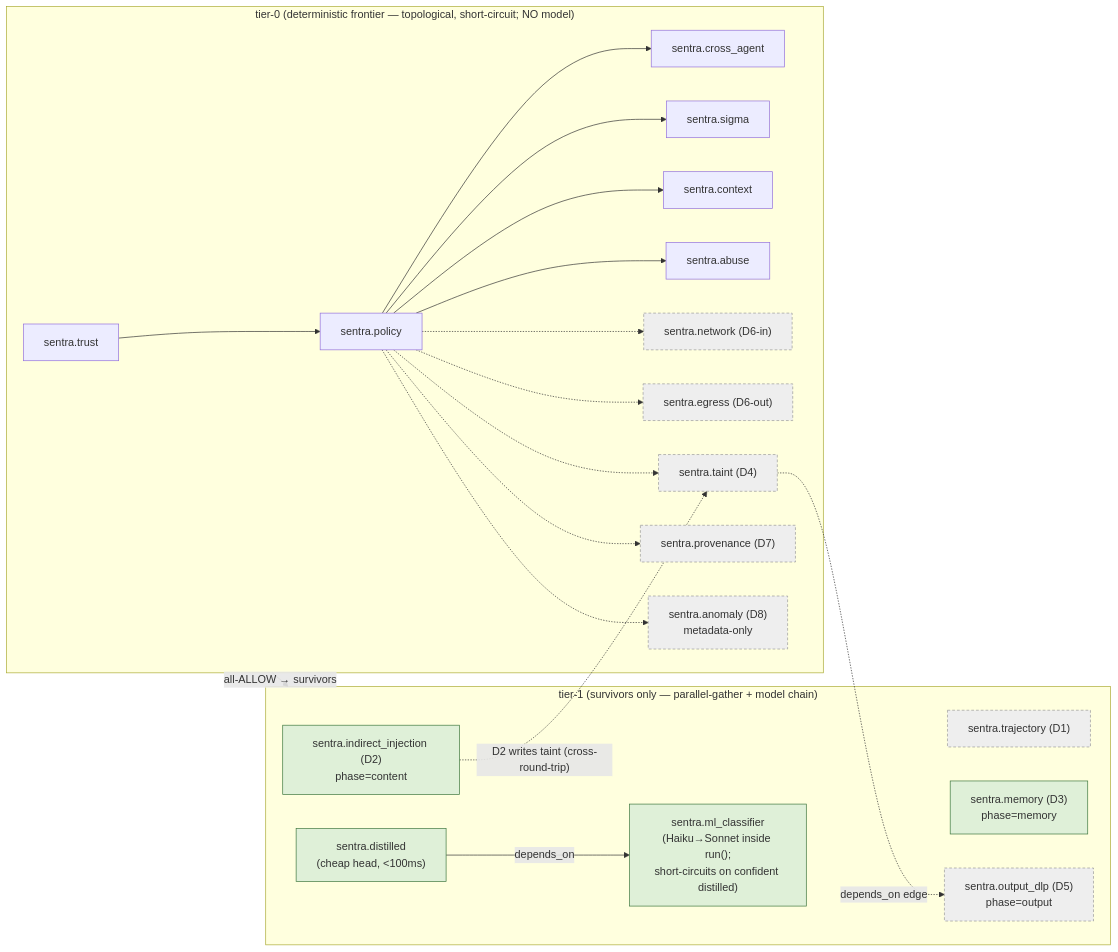
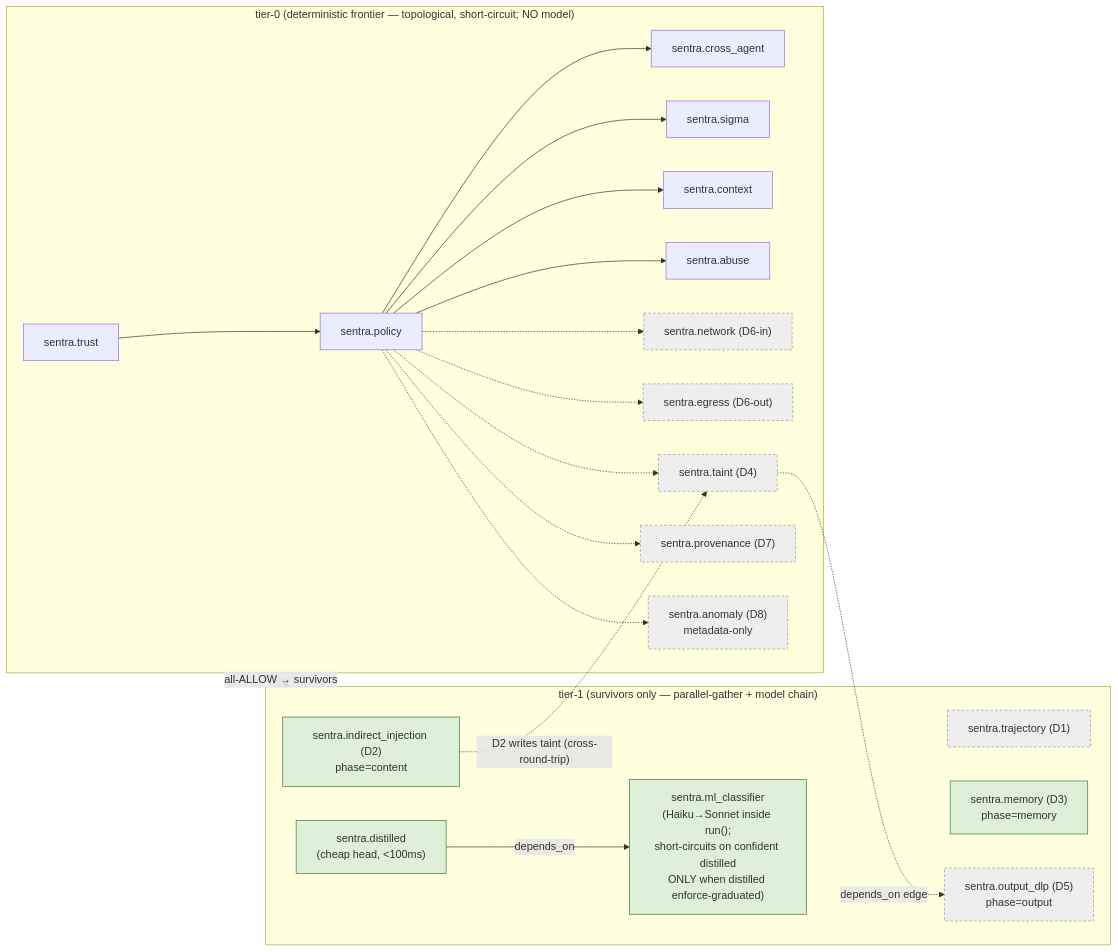
One commit to shashank31mar/Sentra changed the second of 4 diagrams in lld/32-detection-depth.md. Above: the diagram before and after it, drawn with Mermaid. The commit also changed other lines of this file and 1 other file, not shown here.

Commit message:
ws-l: lld/32 detection-depth converged (round-4 + FIX-I/J/K identity-order, all_allow scope, T-TRAIL-14 register-when-emitting; mermaid gate clean 33pp)

````diff
--- a/lld/32-detection-depth.md
+++ b/lld/32-detection-depth.md
@@ -253,29 +278,29 @@
 ```mermaid
 flowchart LR
   subgraph TIER0["tier-0 (deterministic frontier — topological, short-circuit; NO model)"]
     TRUST["sentra.trust"] --> POLICY["sentra.policy"]
     POLICY --> CROSS["sentra.cross_agent"]
     POLICY --> SIGMA["sentra.sigma"]
     POLICY --> CTX["sentra.context"]
     POLICY --> ABUSE["sentra.abuse"]
     POLICY -.-> NET["sentra.network (D6-in)"]
     POLICY -.-> EGRESS["sentra.egress (D6-out)"]
     POLICY -.-> TAINT["sentra.taint (D4)"]
     POLICY -.-> PROV["sentra.provenance (D7)"]
     POLICY -.-> ANOM["sentra.anomaly (D8)<br/>metadata-only"]
   end
   subgraph TIER1["tier-1 (survivors only — parallel-gather + model chain)"]
-    DISTILL["sentra.distilled<br/>(cheap head, &lt;100ms)"] -->|"depends_on"| ML["sentra.ml_classifier<br/>(Haiku→Sonnet inside run();<br/>short-circuits on confident distilled)"]
+    DISTILL["sentra.distilled<br/>(cheap head, &lt;100ms)"] -->|"depends_on"| ML["sentra.ml_classifier<br/>(Haiku→Sonnet inside run();<br/>short-circuits on confident distilled<br/>ONLY when distilled enforce-graduated)"]
     TRAJ["sentra.trajectory (D1)"]
     IND["sentra.indirect_injection (D2)<br/>phase=content"]
     MEM["sentra.memory (D3)<br/>phase=memory"]
     DLP["sentra.output_dlp (D5)<br/>phase=output"]
   end
   TIER0 -->|"all-ALLOW → survivors"| TIER1
   IND -.->|"D2 writes taint (cross-round-trip)"| TAINT
   TAINT -.->|"depends_on edge"| DLP
   classDef later fill:#eee,stroke:#999,stroke-dasharray:4 3;
   classDef core fill:#dff0d8,stroke:#3c763d;
   class NET,EGRESS,TAINT,PROV,ANOM,TRAJ,DLP later;
   class IND,MEM,DISTILL,ML core;
 ```
````
